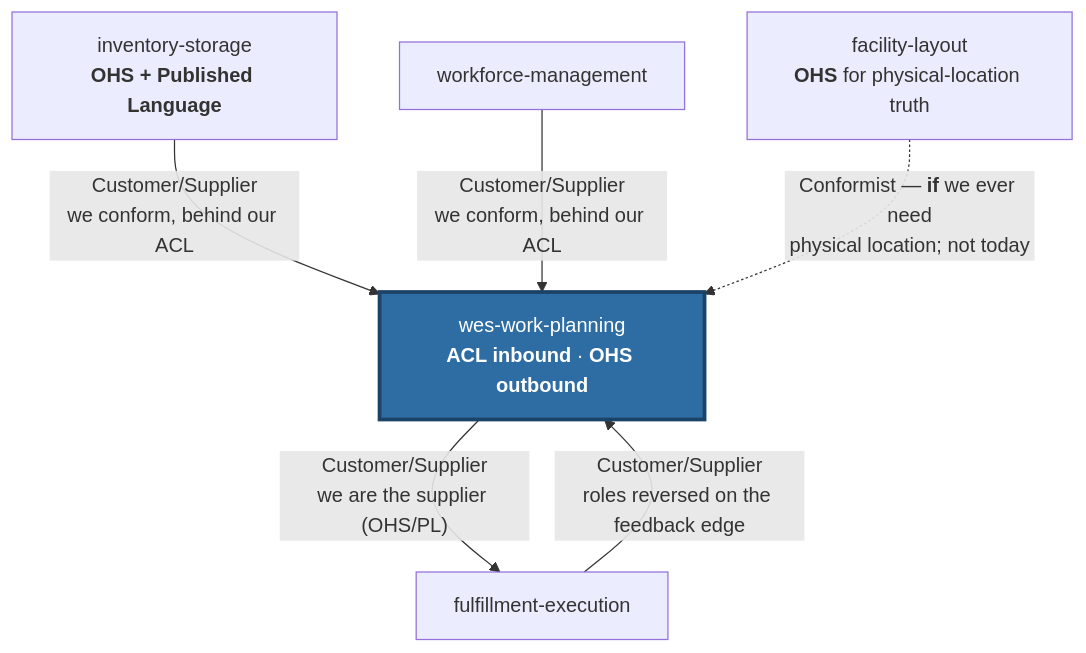
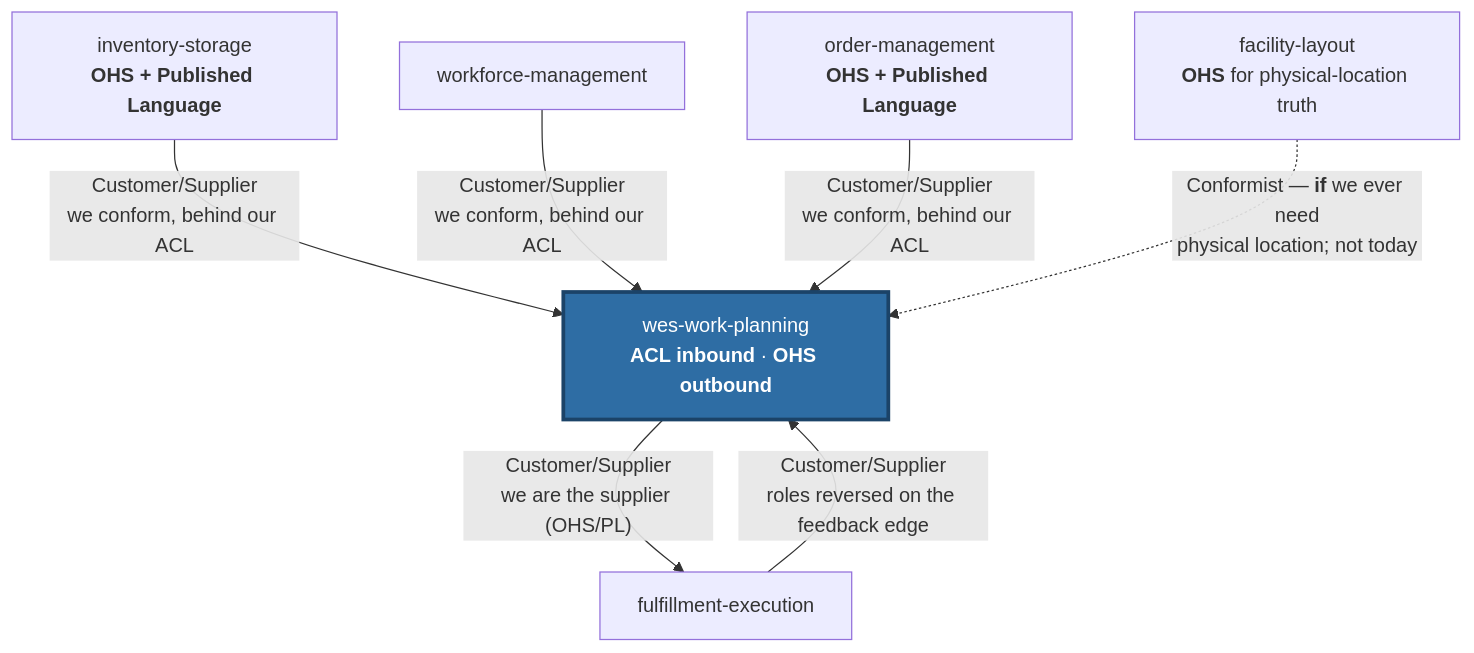
Before and after one commit to claudioed/wes-work-planning: the third of 3 diagrams in docs/docs/ecosystem/context-map.md, drawn with Mermaid. The commit also changed other lines of this file and 5 other files, not shown here.

First line of the commit message:
docs: document the 4th consumed topic, warehouse.order-management.events

````diff
--- a/docs/docs/ecosystem/context-map.md
+++ b/docs/docs/ecosystem/context-map.md
@@ -74,16 +76,18 @@
 ```mermaid
 flowchart TB
     INV["inventory-storage<br/><b>OHS + Published Language</b>"]
     WM["workforce-management"]
+    OM["order-management<br/><b>OHS + Published Language</b>"]
     WP["wes-work-planning<br/><b>ACL inbound</b> · <b>OHS outbound</b>"]
     FE["fulfillment-execution"]
     FL["facility-layout<br/><b>OHS</b> for physical-location truth"]
 
     INV -- "Customer/Supplier<br/>we conform, behind our ACL" --> WP
     WM -- "Customer/Supplier<br/>we conform, behind our ACL" --> WP
+    OM -- "Customer/Supplier<br/>we conform, behind our ACL" --> WP
     WP -- "Customer/Supplier<br/>we are the supplier (OHS/PL)" --> FE
     FE -- "Customer/Supplier<br/>roles reversed on the feedback edge" --> WP
     FL -. "Conformist — <b>if</b> we ever need<br/>physical location; not today" .-> WP
 
     style WP fill:#2e6da4,color:#ffffff,stroke:#1b4368,stroke-width:3px
 ```
````
